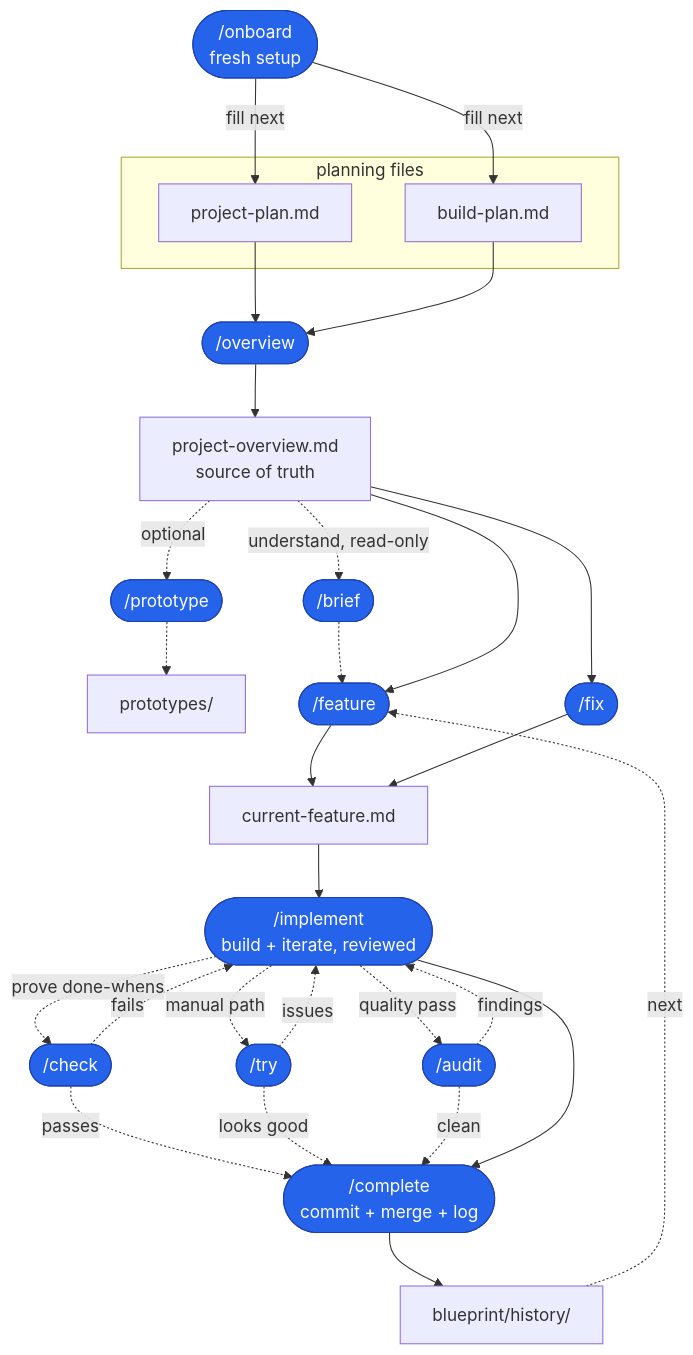
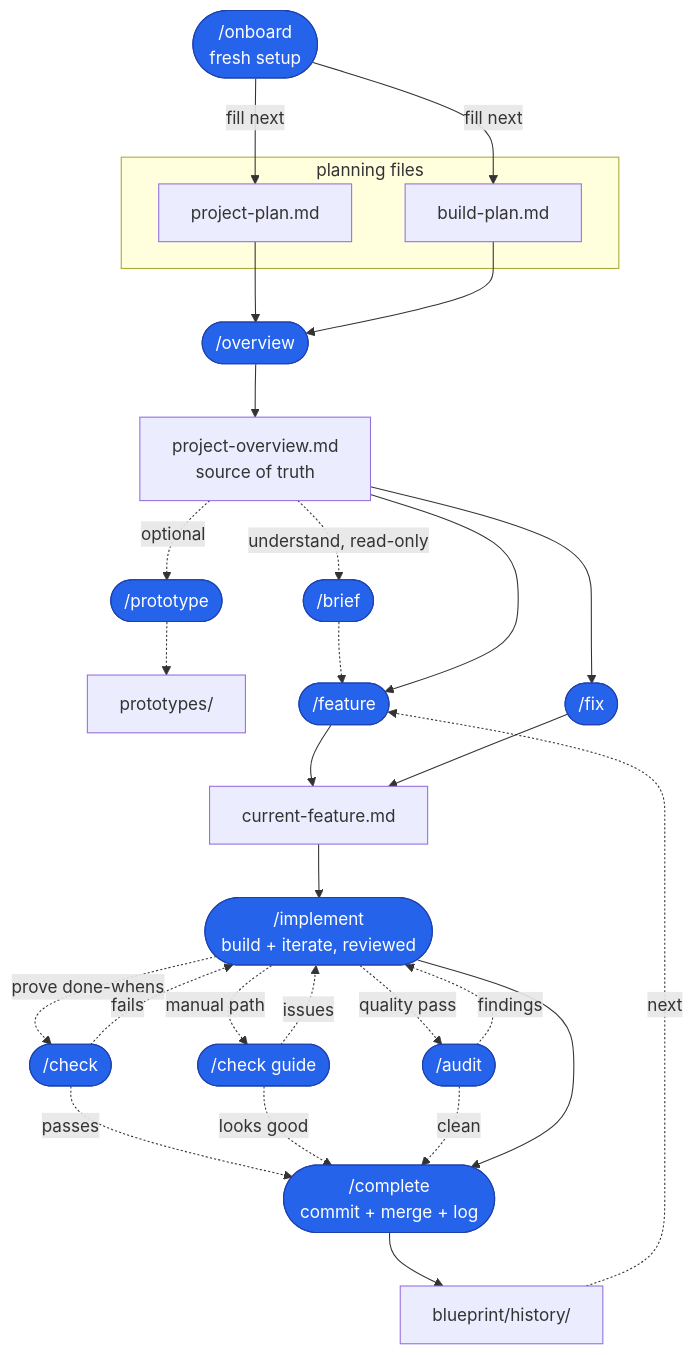
One commit to bradtraversy/skillpass changed the diagram in blueprint/README.md. Above: the diagram before and after it, drawn with Mermaid. The commit also changed other lines of this file and 48 other files, not shown here.

````diff
--- a/blueprint/README.md
+++ b/blueprint/README.md
@@ -188,40 +188,40 @@
 ```mermaid
 flowchart TD
     OB(["/onboard<br/>fresh setup"])
 
     subgraph planning["planning files"]
         PP["project-plan.md"]
         BPL["build-plan.md"]
     end
 
     OB -->|fill next| PP
     OB -->|fill next| BPL
     PP --> OV(["/overview"])
     BPL --> OV
     OV --> POV["project-overview.md<br/>source of truth"]
     POV -.->|optional| PT(["/prototype"])
     PT -.-> PRO["prototypes/"]
     POV -.->|understand, read-only| BR(["/brief"])
     BR -.-> FT
 
     POV --> FT(["/feature"])
     POV --> FX(["/fix"])
     FT --> CF["current-feature.md"]
     FX --> CF
     CF --> IM(["/implement<br/>build + iterate, reviewed"])
     IM -.->|prove done-whens| CK(["/check"])
-    IM -.->|manual path| TRY(["/try"])
+    IM -.->|manual path| TRY(["/check guide"])
     IM -.->|quality pass| AU(["/audit"])
     CK -.->|fails| IM
     TRY -.->|issues| IM
     AU -.->|findings| IM
     CK -.->|passes| CP
     TRY -.->|looks good| CP
     AU -.->|clean| CP
     IM --> CP(["/complete<br/>commit + merge + log"])
     CP --> AR["blueprint/history/"]
     AR -.->|next| FT
 
     classDef skill fill:#2563eb,stroke:#1e40af,color:#ffffff;
     class OB,OV,PT,BR,FT,FX,IM,CP,CK,TRY,AU skill;
 ```
````
